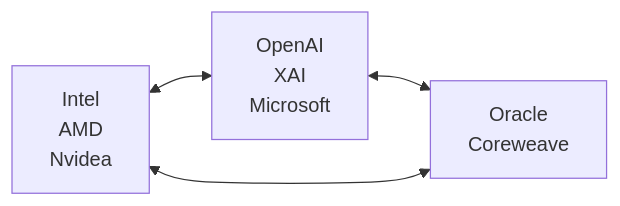
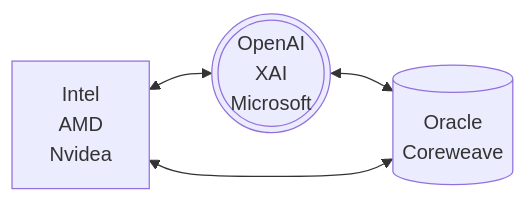
One commit to Yoshidaishima/docs-basics changed the second of 3 diagrams in ai.md. Above: the diagram before and after it, drawn with Mermaid. The commit also changed other lines of this file, not shown here.

````diff
--- a/ai.md
+++ b/ai.md
@@ -6,17 +6,17 @@
 ``` mermaid
 flowchart LR
   
   a["`Intel
   AMD
   Nvidea`"]
-  b["`OpenAI
+  b((("OpenAI
   XAI
-  Microsoft`"]
-  c["`Oracle
-  Coreweave`"]
+  Microsoft")))
+  c@{ shape: cyl, label: "Oracle
+  Coreweave"}
 
   a <--> b
   b <--> c
   c <--> a
 
 ```
````
